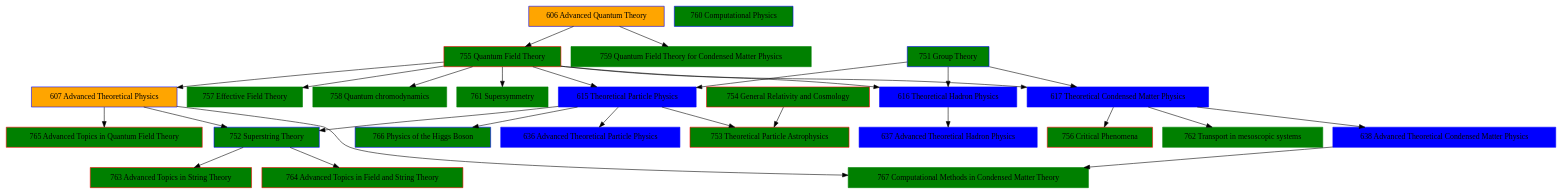
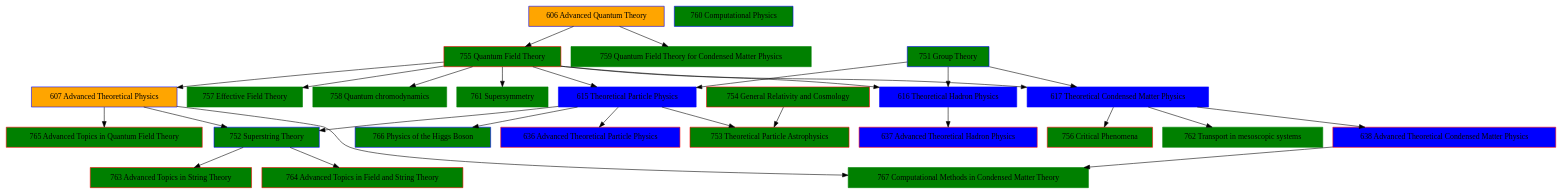
One commit to martin-ueding/master-of-physics-skilltree changed the diagram in Skilltree.dot. Above: the diagram before and after it, drawn with Graphviz.

Commit message:
Use scopes

```diff
--- a/Skilltree.dot
+++ b/Skilltree.dot
@@ -1,53 +1,65 @@
 // Copyright © 2015 Martin Ueding <dev@martin-ueding.de>
 
 digraph {
     node [shape=box style=filled]
 
     606 [label="606 Advanced Quantum Theory" color=blue fillcolor=orange]
     607 [label="607 Advanced Theoretical Physics" color=blue fillcolor=orange]
 
     // Elective lectures
-    751 [label="751 Group Theory" color=blue fillcolor=green]
-    752 [label="752 Superstring Theory" color=blue fillcolor=green]
-    753 [label="753 Theoretical Particle Astrophysics" color=red fillcolor=green]
-    754 [label="754 General Relativity and Cosmology" color=red fillcolor=green]
-    755 [label="755 Quantum Field Theory" color=red fillcolor=green]
-    756 [label="756 Critical Phenomena" color=red fillcolor=green]
-    757 [label="757 Effective Field Theory" color=green fillcolor=green]
-    758 [label="758 Quantum chromodynamics" color=green fillcolor=green]
-    759 [label="759 Quantum Field Theory for Condensed Matter Physics" color=green fillcolor=green]
-    760 [label="760 Computational Physics" color=blue fillcolor=green]
-    761 [label="761 Supersymmetry" color=green fillcolor=green]
-    762 [label="762 Transport in mesoscopic systems" color=green fillcolor=green]
-    763 [label="763 Advanced Topics in String Theory" color=red fillcolor=green]
-    764 [label="764 Advanced Topics in Field and String Theory" color=red fillcolor=green]
-    765 [label="765 Advanced Topics in Quantum Field Theory" color=red fillcolor=green]
-    766 [label="766 Physics of the Higgs Boson" color=blue fillcolor=green]
-    767 [label="767 Computational Methods in Condensed Matter Theory" color=green fillcolor=green]
+    {
+        node[fillcolor=green]
+
+        751 [label="751 Group Theory" color=blue]
+        752 [label="752 Superstring Theory" color=blue]
+        753 [label="753 Theoretical Particle Astrophysics" color=red]
+        754 [label="754 General Relativity and Cosmology" color=red]
+        755 [label="755 Quantum Field Theory" color=red]
+        756 [label="756 Critical Phenomena" color=red]
+        757 [label="757 Effective Field Theory" color=green]
+        758 [label="758 Quantum chromodynamics" color=green]
+        759 [label="759 Quantum Field Theory for Condensed Matter Physics" color=green]
+        760 [label="760 Computational Physics" color=blue]
+        761 [label="761 Supersymmetry" color=green]
+        762 [label="762 Transport in mesoscopic systems" color=green]
+        763 [label="763 Advanced Topics in String Theory" color=red]
+        764 [label="764 Advanced Topics in Field and String Theory" color=red]
+        765 [label="765 Advanced Topics in Quantum Field Theory" color=red]
+        766 [label="766 Physics of the Higgs Boson" color=blue]
+        767 [label="767 Computational Methods in Condensed Matter Theory" color=green]
+    }
 
     // [label="" color=red fillcolor=green]
 
     // Specialization 1
-    615 [label="615 Theoretical Particle Physics" color=blue fillcolor=blue]
-    616 [label="616 Theoretical Hadron Physics" color=blue fillcolor=blue]
-    617 [label="617 Theoretical Condensed Matter Physics" color=blue fillcolor=blue]
+    {
+        node[fillcolor=blue]
+
+        615 [label="615 Theoretical Particle Physics" color=blue]
+        616 [label="616 Theoretical Hadron Physics" color=blue]
+        617 [label="617 Theoretical Condensed Matter Physics" color=blue]
+    }
 
     // Specialization 2
-    636 [label="636 Advanced Theoretical Particle Physics" color=blue fillcolor=blue]
-    637 [label="637 Advanced Theoretical Hadron Physics" color=blue fillcolor=blue]
-    638 [label="638 Advanced Theoretical Condensed Matter Physics" color=blue fillcolor=blue]
+    {
+        node[fillcolor=blue]
+
+        636 [label="636 Advanced Theoretical Particle Physics" color=red]
+        637 [label="637 Advanced Theoretical Hadron Physics" color=red]
+        638 [label="638 Advanced Theoretical Condensed Matter Physics" color=red]
+    }
 
 
     606 -> 755, 759
     751 -> 616, 615, 617
     755 -> 757, 758, 616, 615, 607, 761, 617
     754 -> 753
     615 -> 753, 636, 752, 766
     616 -> 637
     617 -> 762, 638, 756
     638 -> 767
     607 -> 752, 765, 767
     752 -> 763, 764
 }
 
 // vim: cindent
```
